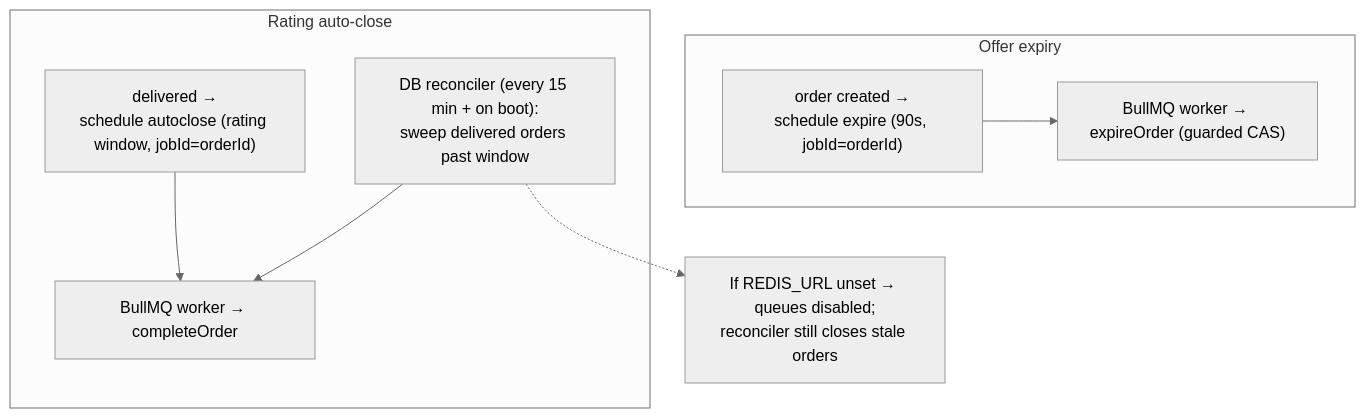
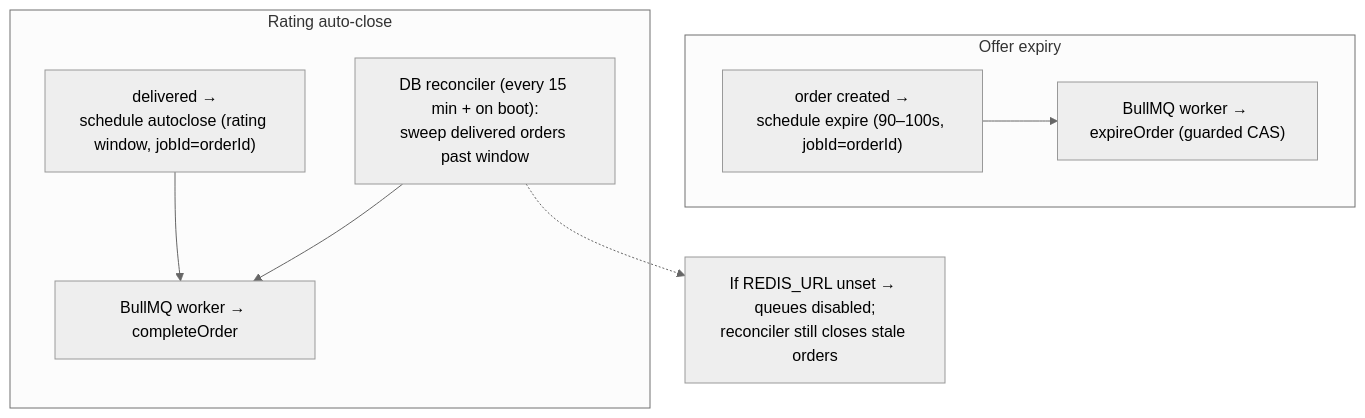
One commit to unnfazzed/Lynia changed diagram 15 of 16 in docs/ARCHITECTURE.md. Above: the diagram before and after it, drawn with Mermaid (neutral theme). The commit also changed other lines of this file and 19 other files, not shown here.

````diff
--- a/docs/ARCHITECTURE.md
+++ b/docs/ARCHITECTURE.md
@@ -912,19 +925,19 @@
 ```mermaid
 graph TB
     subgraph offer["Offer expiry"]
-        o1["order created →<br/>schedule expire (90s, jobId=orderId)"]
+        o1["order created →<br/>schedule expire (90–100s, jobId=orderId)"]
         o2["BullMQ worker → expireOrder (guarded CAS)"]
         o1 --> o2
     end
 
     subgraph close["Rating auto-close"]
         c1["delivered →<br/>schedule autoclose (rating window, jobId=orderId)"]
         c2["BullMQ worker → completeOrder"]
         c3["DB reconciler (every 15 min + on boot):<br/>sweep delivered orders past window"]
         c1 --> c2
         c3 --> c2
     end
 
     note1["If REDIS_URL unset → queues disabled;<br/>reconciler still closes stale orders"]
     c3 -.-> note1
 ```
````
